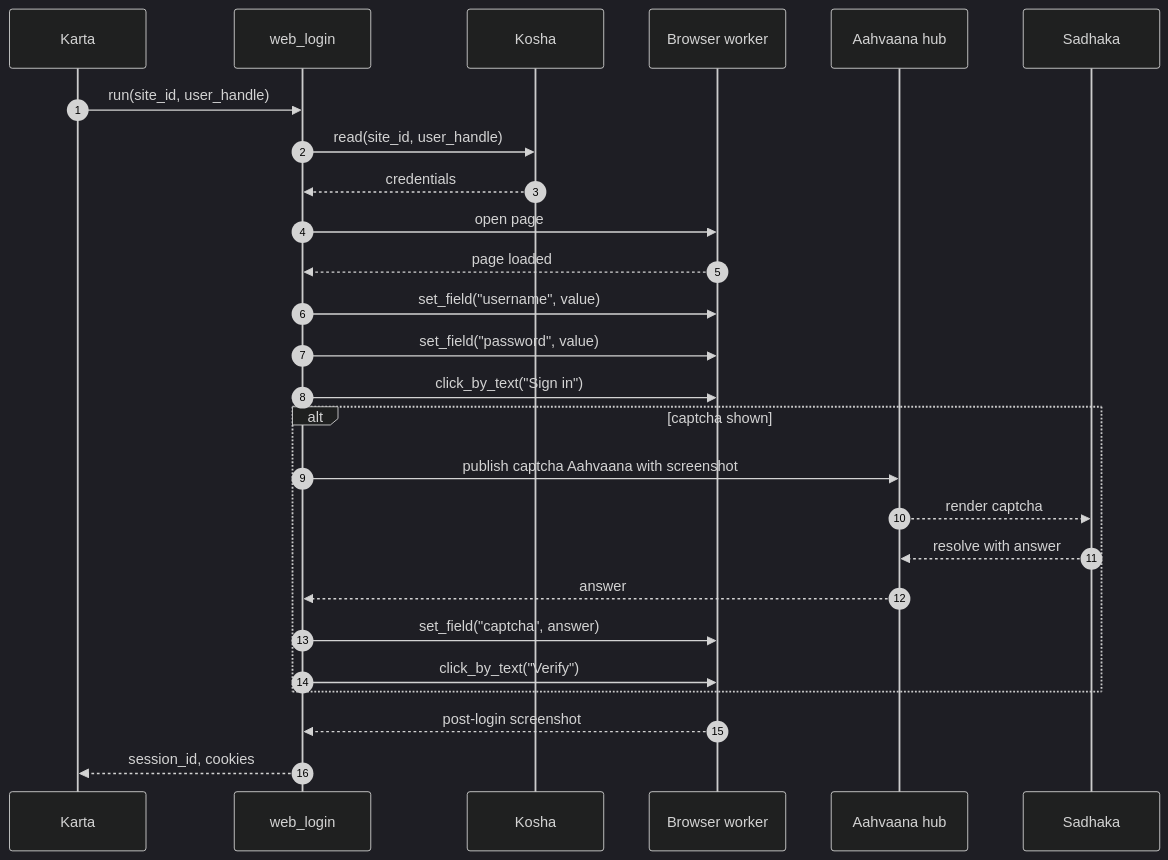
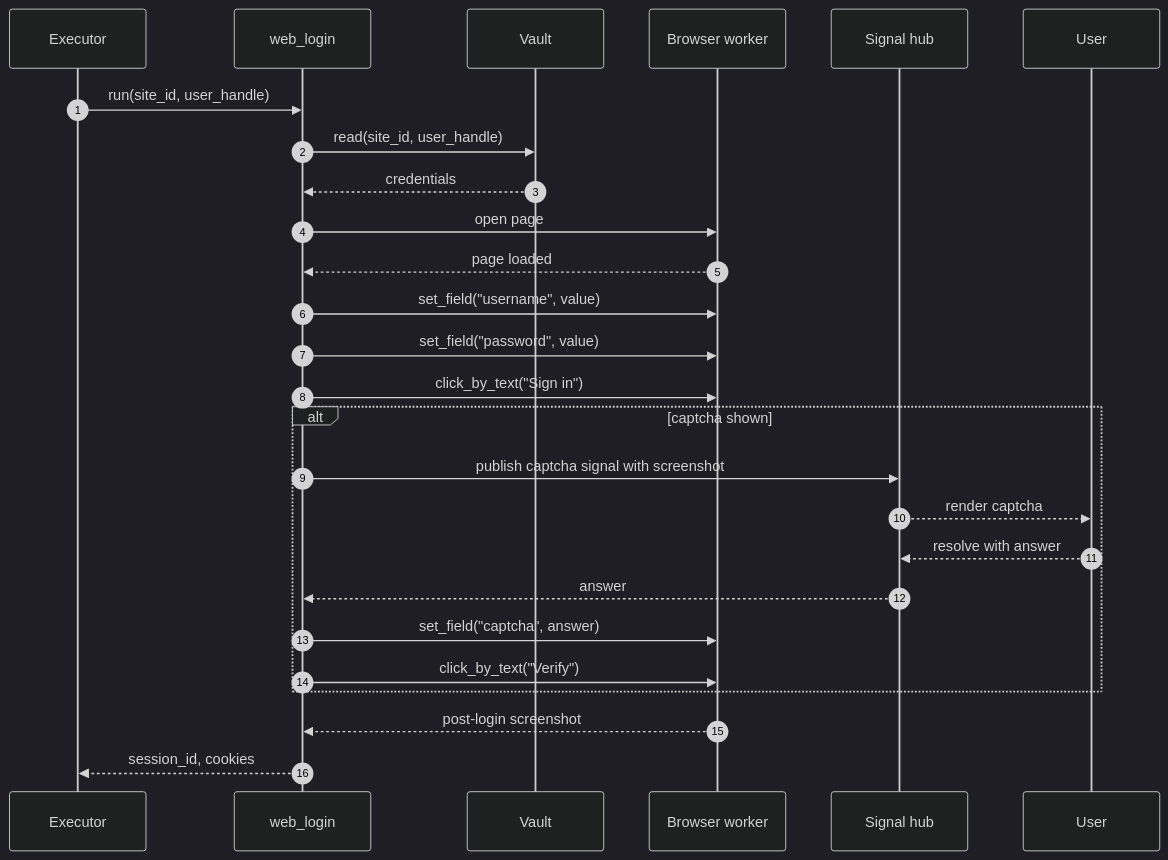
One commit to so-weak/Aakaar changed the sixth of 12 diagrams in documentation/src/02-LLD.md. Above: the diagram before and after it, drawn with Mermaid (dark theme). The commit also changed other lines of this file and 23 other files, not shown here.

````diff
--- a/documentation/src/02-LLD.md
+++ b/documentation/src/02-LLD.md
@@ -217,29 +220,29 @@
 ```mermaid
 sequenceDiagram
   autonumber
-  participant E as Karta
+  participant E as Executor
   participant W as web_login
-  participant V as Kosha
+  participant V as Vault
   participant B as Browser worker
-  participant H as Aahvaana hub
-  participant U as Sadhaka
+  participant H as Signal hub
+  participant U as User
 
   E->>W: run(site_id, user_handle)
   W->>V: read(site_id, user_handle)
   V-->>W: credentials
   W->>B: open page
   B-->>W: page loaded
   W->>B: set_field("username", value)
   W->>B: set_field("password", value)
   W->>B: click_by_text("Sign in")
   alt captcha shown
-    W->>H: publish captcha Aahvaana with screenshot
+    W->>H: publish captcha signal with screenshot
     H-->>U: render captcha
     U-->>H: resolve with answer
     H-->>W: answer
     W->>B: set_field("captcha", answer)
     W->>B: click_by_text("Verify")
   end
   B-->>W: post-login screenshot
   W-->>E: session_id, cookies
 ```
````
